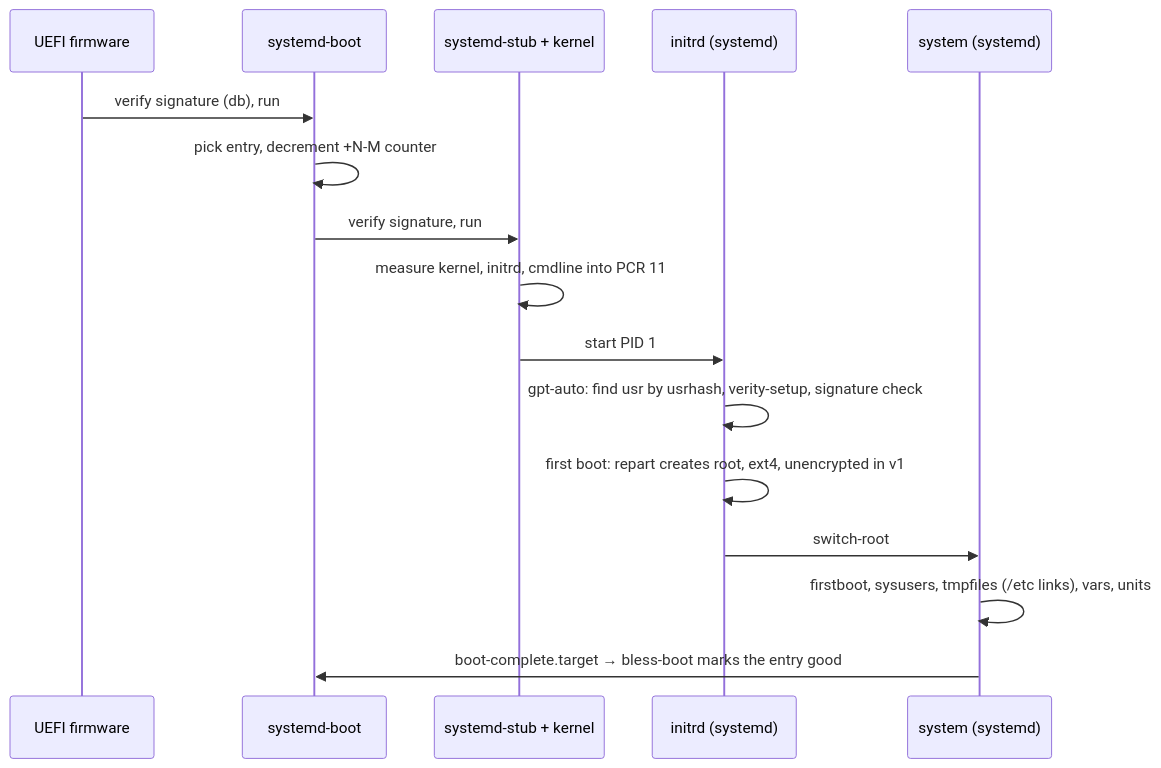
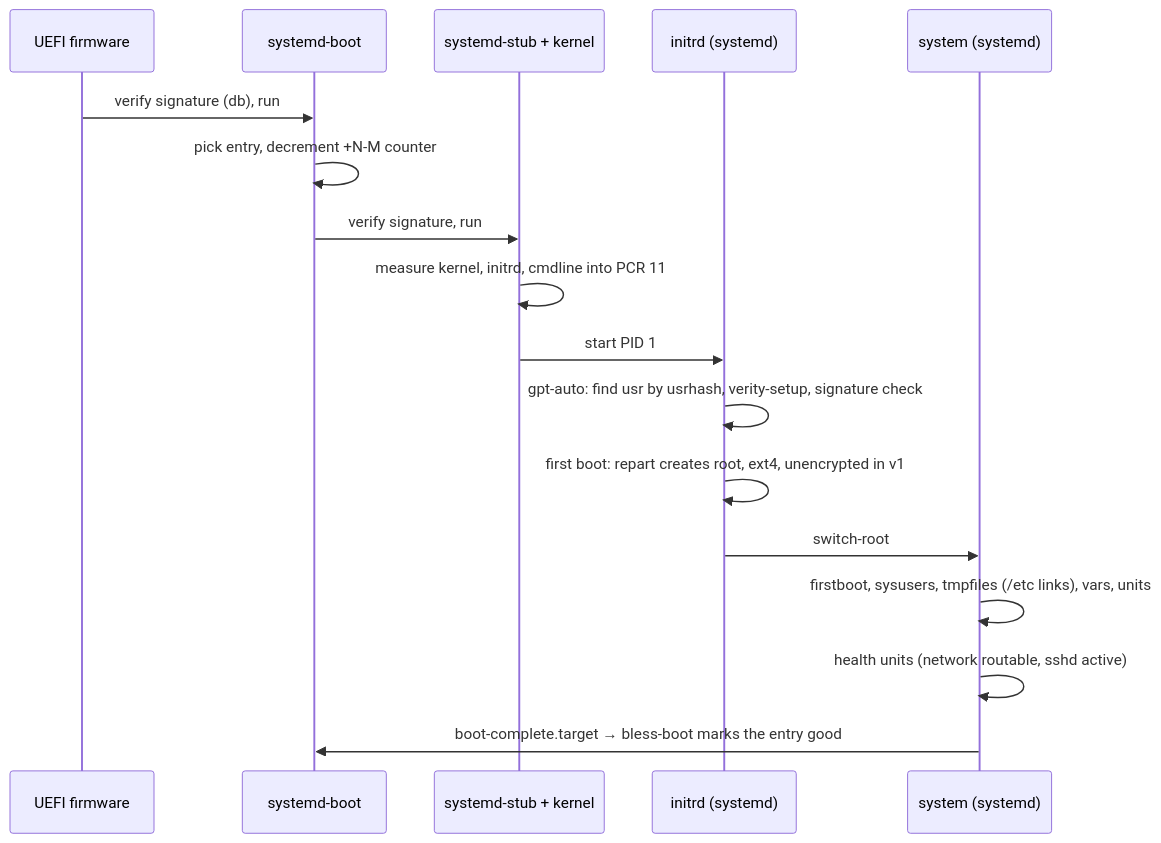
The diagram in docs/design/boot.md (slophaer/golconda), drawn with Mermaid before and after one commit. The commit also changed other lines of this file and 1 other file, not shown here.

First line of the commit message:
docs: describe the boot health gate

````diff
--- a/docs/design/boot.md
+++ b/docs/design/boot.md
@@ -8,18 +8,19 @@
 ```mermaid
 sequenceDiagram
   participant FW as UEFI firmware
   participant SB as systemd-boot
   participant UKI as systemd-stub + kernel
   participant IRD as initrd (systemd)
   participant SYS as system (systemd)
   FW->>SB: verify signature (db), run
   SB->>SB: pick entry, decrement +N-M counter
   SB->>UKI: verify signature, run
   UKI->>UKI: measure kernel, initrd, cmdline into PCR 11
   UKI->>IRD: start PID 1
   IRD->>IRD: gpt-auto: find usr by usrhash, verity-setup, signature check
   IRD->>IRD: first boot: repart creates root, ext4, unencrypted in v1
   IRD->>SYS: switch-root
   SYS->>SYS: firstboot, sysusers, tmpfiles (/etc links), vars, units
+  SYS->>SYS: health units (network routable, sshd active)
   SYS->>SB: boot-complete.target → bless-boot marks the entry good
 ```
````
